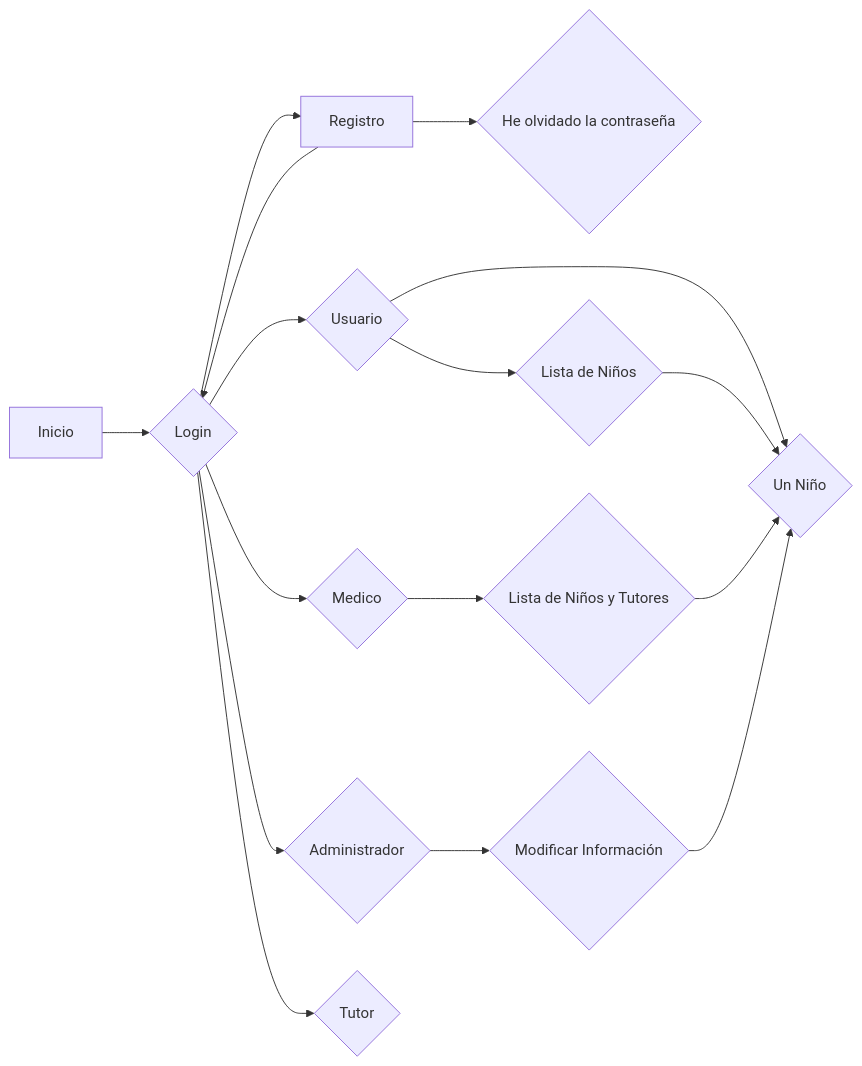
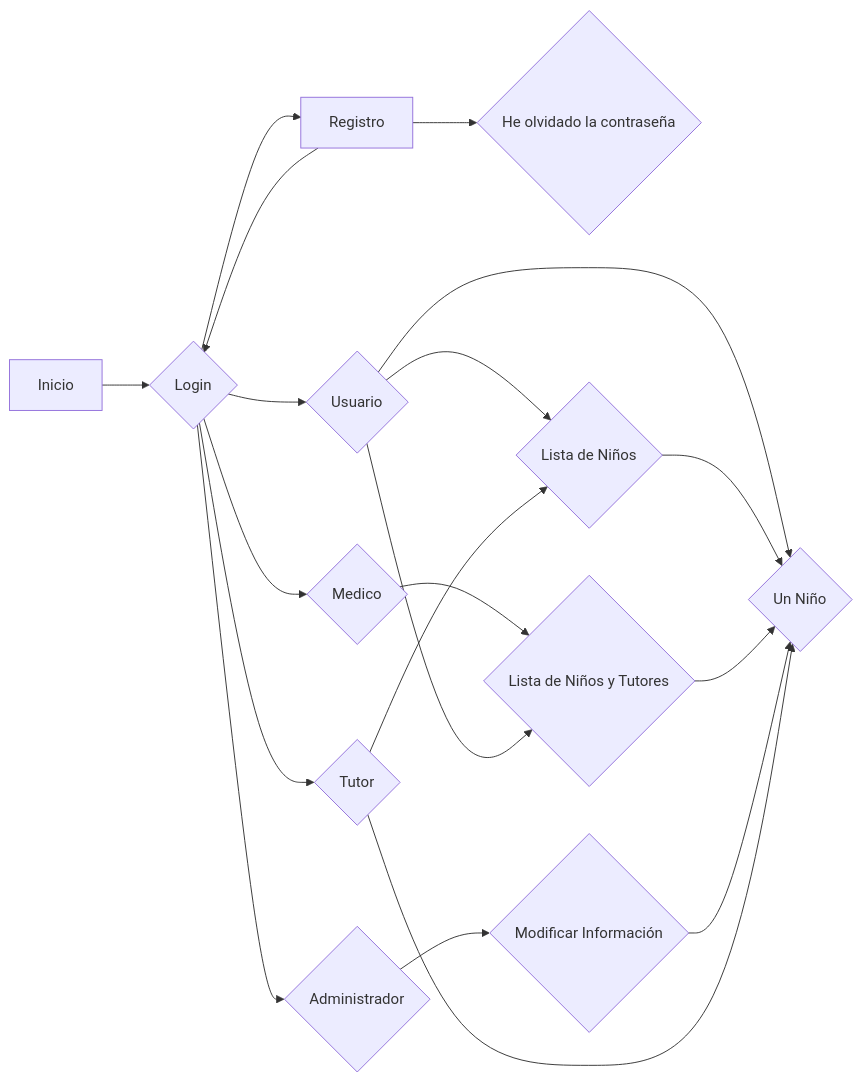
One commit to mactiburon/tapatapp changed the diagram in Diagramavista.mermaid. Above: the diagram before and after it, drawn with Mermaid.

Commit message:
Diagramavista.mermaid

```diff
--- a/Diagramavista.mermaid
+++ b/Diagramavista.mermaid
@@ -1,16 +1,19 @@
 graph LR
     A[Inicio] --> B{Login}
     B --> C[Registro]
     C --> B
     C --> D{He olvidado la contraseña}
     B --> E{Administrador}
     B --> F{Medico}
     B --> G{Usuario}
     B --> H{Tutor}
     G --> I{Un Niño}
     G --> J{Lista de Niños}
     J --> I
     F --> K{Lista de Niños y Tutores}
     K --> I
     E --> L{Modificar Información}
     L --> I
+    G --> K
+    H --> I
+    H --> J
```
